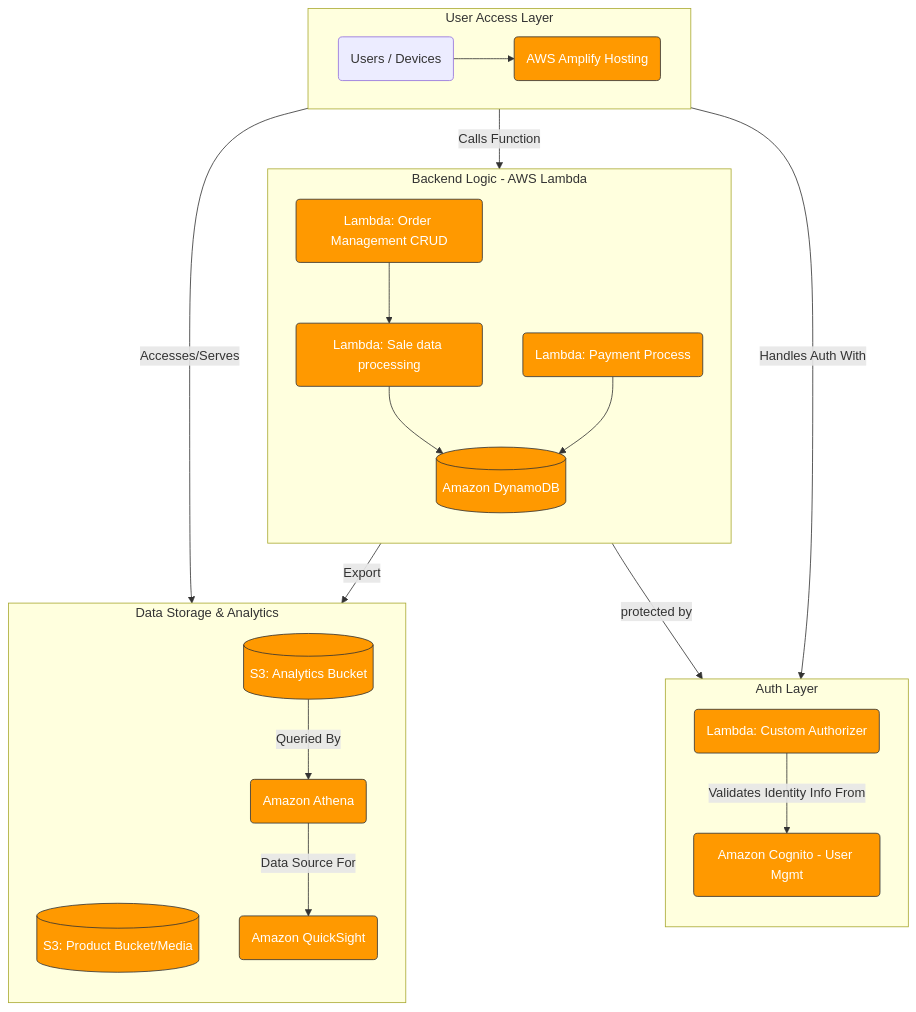
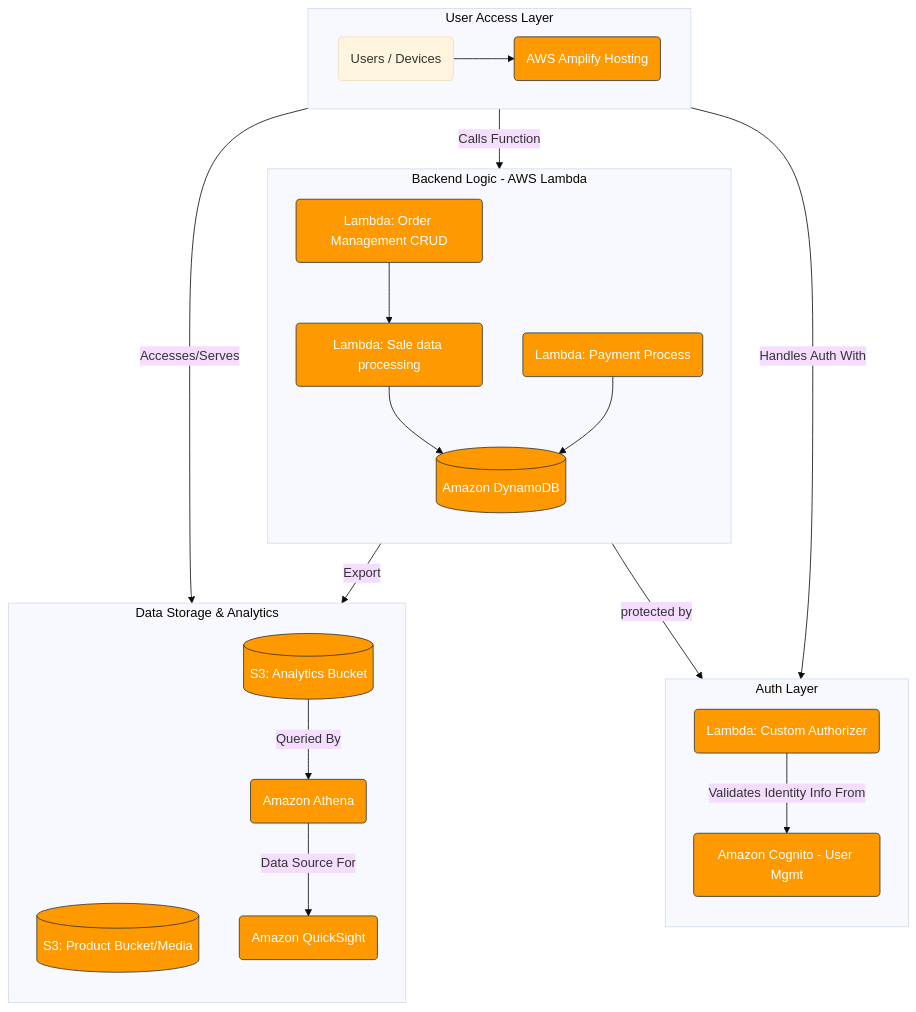
One commit to polasudo/DiplomovaPraca changed the diagram in cloudformation/startup/startup.mmd. Above: the diagram before and after it, drawn with Mermaid. The commit also changed 8 other files, not shown here.

First line of the commit message:
Refactor Mermaid diagrams in CloudFormation documentation for improved readability and consistency

```diff
--- a/cloudformation/startup/startup.mmd
+++ b/cloudformation/startup/startup.mmd
@@ -1,57 +1,55 @@
-graph TD
-    %% --- Title ---
-    %% title: Startup E-Shop Serverless Architecture (Based on Provided Diagram)
-
-    %% --- User Access & Frontend ---
-    subgraph User Access Layer
-        direction LR
-        Users(Users / Devices) --> Amplify(AWS Amplify Hosting)
-    end
-
-    %% --- Authentication & Authorization ---
-    subgraph Auth Layer
-         direction TB
-         Cognito(Amazon Cognito - User Mgmt)
-         LambdaAuth(Lambda: Custom Authorizer)
-
-         Amplify -- Handles Auth With --> Cognito
-         %% Diagram shows Cognito -> Authorizer. Interpreting as Authorizer uses/validates Cognito info.
-         %% Lambdas invoked via Amplify are protected by this Authorizer
-         LambdaAuth -- Validates Identity Info From --> Cognito
-    end
-
-    %% --- Backend Logic (Serverless Functions) ---
-    subgraph Backend Logic - AWS Lambda
-        direction TB
-        LambdaOrders(Lambda: Order Management CRUD)
-        LambdaSaleData(Lambda: Sale data processing)
-        LambdaPayment(Lambda: Payment Process)
-
-        %% Amplify invokes backend Lambda directly (managed by Amplify)
-        Amplify -- Calls Function --> LambdaOrders
-        %% Indicate that the invoked Lambda is protected by the Authorizer
-        LambdaOrders -- protected by --> LambdaAuth
-
-        %% Internal Lambda Flow shown in diagram
-        LambdaOrders --> LambdaSaleData
-        LambdaSaleData --> DynamoDB[(Amazon DynamoDB)]
-        LambdaPayment --> DynamoDB
-    end
-
-    %% --- Data Storage & Analytics Flow ---
-    subgraph Data Storage & Analytics
-        direction TB
-        S3_Product[(S3: Product Bucket/Media)]
-        S3_Analytics[(S3: Analytics Bucket)]
-        Athena(Amazon Athena)
-        QuickSight(Amazon QuickSight)
-
-        Amplify -- Accesses/Serves --> S3_Product
-        DynamoDB -- Export --> S3_Analytics
-        S3_Analytics -- Queried By --> Athena
-        Athena -- Data Source For --> QuickSight
-    end
-
-    %% --- Styling (Optional - Basic AWS Color) ---
-    classDef awsService fill:#FF9900,color:#fff,stroke:#333,stroke-width:1px;
-    class Amplify,Cognito,LambdaAuth,LambdaOrders,LambdaSaleData,LambdaPayment,DynamoDB,S3_Analytics,S3_Product,Athena,QuickSight awsService;
+---
+config:
+  theme: base
+  fontSize: 30px
+  layout: fixed
+---
+flowchart TD
+ subgraph subGraph0["User Access Layer"]
+    direction LR
+        Amplify("AWS Amplify Hosting")
+        Users("Users / Devices")
+  end
+ subgraph subGraph1["Auth Layer"]
+    direction TB
+        Cognito("Amazon Cognito - User Mgmt")
+        LambdaAuth("Lambda: Custom Authorizer")
+  end
+ subgraph subGraph2["Backend Logic - AWS Lambda"]
+    direction TB
+        LambdaOrders("Lambda: Order Management CRUD")
+        LambdaSaleData("Lambda: Sale data processing")
+        LambdaPayment("Lambda: Payment Process")
+        DynamoDB[("Amazon DynamoDB")]
+  end
+ subgraph subGraph3["Data Storage & Analytics"]
+    direction TB
+        S3_Product[("S3: Product Bucket/Media")]
+        S3_Analytics[("S3: Analytics Bucket")]
+        Athena("Amazon Athena")
+        QuickSight("Amazon QuickSight")
+  end
+    Users --> Amplify
+    Amplify -- Handles Auth With --> Cognito
+    LambdaAuth -- Validates Identity Info From --> Cognito
+    Amplify -- Calls Function --> LambdaOrders
+    LambdaOrders -- protected by --> LambdaAuth
+    LambdaOrders --> LambdaSaleData
+    LambdaSaleData --> DynamoDB
+    LambdaPayment --> DynamoDB
+    Amplify -- Accesses/Serves --> S3_Product
+    DynamoDB -- Export --> S3_Analytics
+    S3_Analytics -- Queried By --> Athena
+    Athena -- Data Source For --> QuickSight
+     Amplify:::awsService
+     Cognito:::awsService
+     LambdaAuth:::awsService
+     LambdaOrders:::awsService
+     LambdaSaleData:::awsService
+     LambdaPayment:::awsService
+     DynamoDB:::awsService
+     S3_Product:::awsService
+     S3_Analytics:::awsService
+     Athena:::awsService
+     QuickSight:::awsService
+    classDef awsService fill:#FF9900,color:#fff,stroke:#333,stroke-width:1px
```
